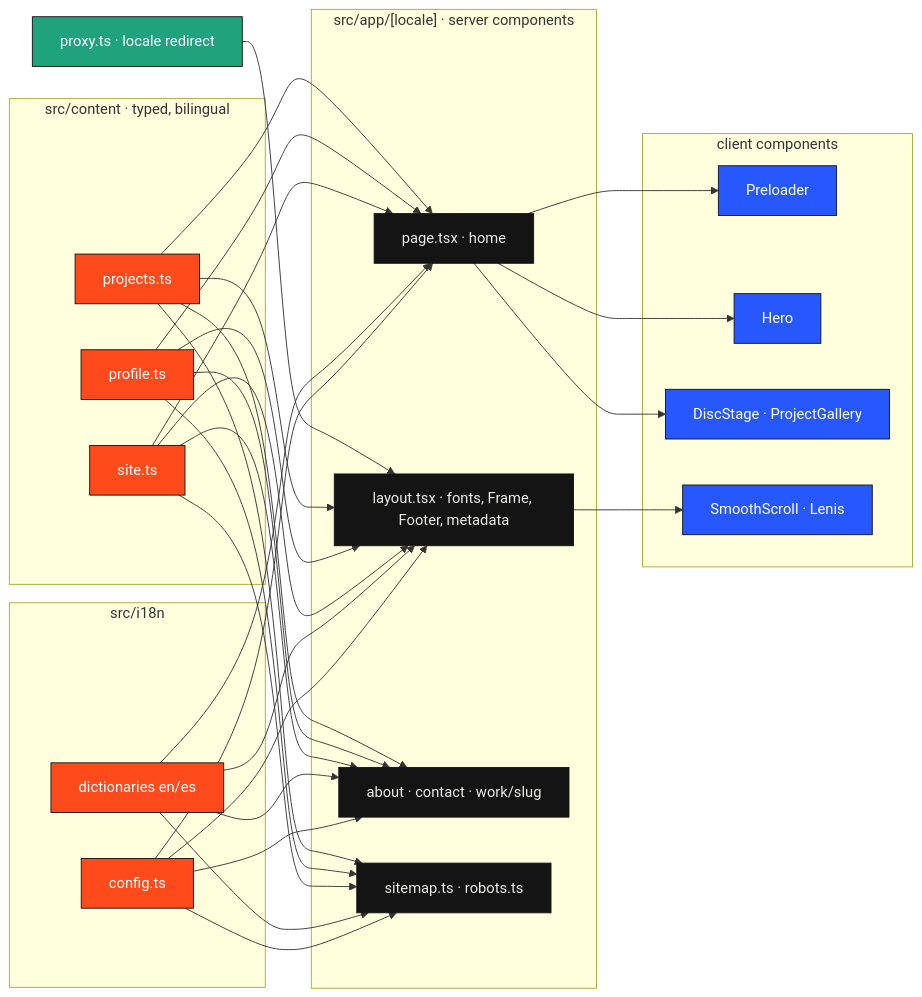
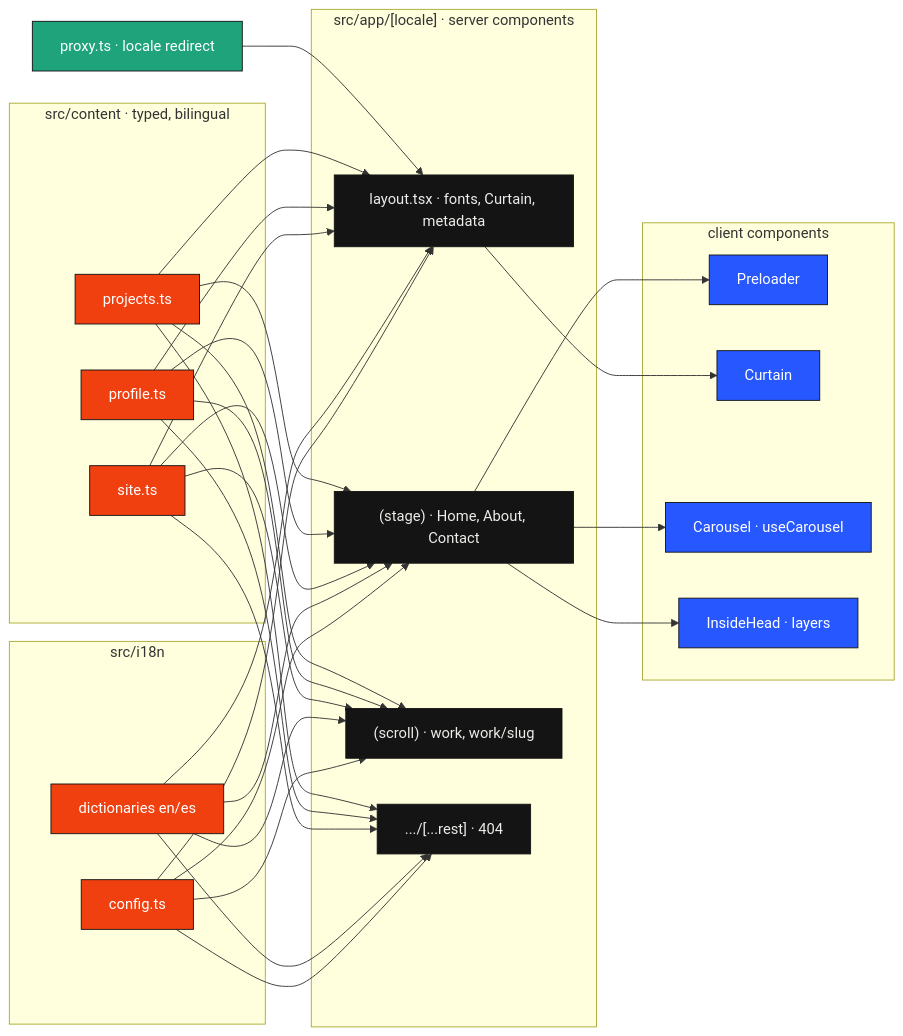
One commit to LittlePitza/portfolio changed the diagram in docs/architecture.md. Above: the diagram before and after it, drawn with Mermaid. The commit also changed other lines of this file and 1 other file, not shown here.

First line of the commit message:
Describe the v2 structure in the README and the architecture notes

````diff
--- a/docs/architecture.md
+++ b/docs/architecture.md
@@ -9,39 +11,39 @@
 ```mermaid
 flowchart LR
-  classDef content fill:#FF4A1C,stroke:#141414,color:#fff
+  classDef content fill:#F04010,stroke:#141414,color:#fff
   classDef server fill:#141414,stroke:#141414,color:#ECECE9
   classDef client fill:#2757FF,stroke:#141414,color:#fff
   classDef edge fill:#1FA37A,stroke:#141414,color:#fff
 
   subgraph Content["src/content · typed, bilingual"]
     P[projects.ts]:::content
     F[profile.ts]:::content
     S[site.ts]:::content
   end
 
   subgraph I18n["src/i18n"]
     D[dictionaries en/es]:::content
     C[config.ts]:::content
   end
 
   X[proxy.ts · locale redirect]:::edge
 
   subgraph App["src/app/[locale] · server components"]
-    L[layout.tsx · fonts, Frame, Footer, metadata]:::server
-    H[page.tsx · home]:::server
-    A[about · contact · work/slug]:::server
-    M[sitemap.ts · robots.ts]:::server
+    L[layout.tsx · fonts, Curtain, metadata]:::server
+    ST["(stage) · Home, About, Contact"]:::server
+    SC["(scroll) · work, work/slug"]:::server
+    NF[".../[...rest] · 404"]:::server
   end
 
   subgraph Motion["client components"]
     PL[Preloader]:::client
-    HE[Hero]:::client
-    WC[DiscStage · ProjectGallery]:::client
-    SS[SmoothScroll · Lenis]:::client
+    CU[Curtain]:::client
+    CA[Carousel · useCarousel]:::client
+    IH[InsideHead · layers]:::client
   end
 
   X --> L
-  P & F & S & D & C --> H & A & L & M
-  H --> PL & HE & WC
-  L --> SS
+  P & F & S & D & C --> ST & SC & NF & L
+  L --> CU
+  ST --> PL & CA & IH
 ```
````
